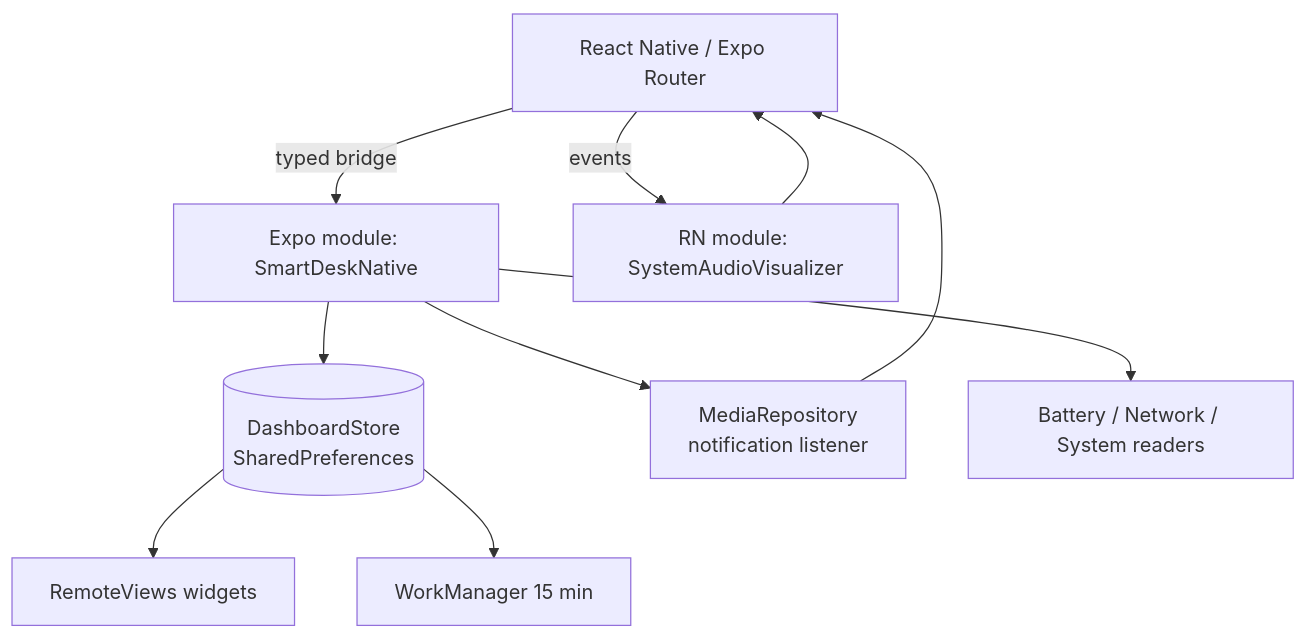
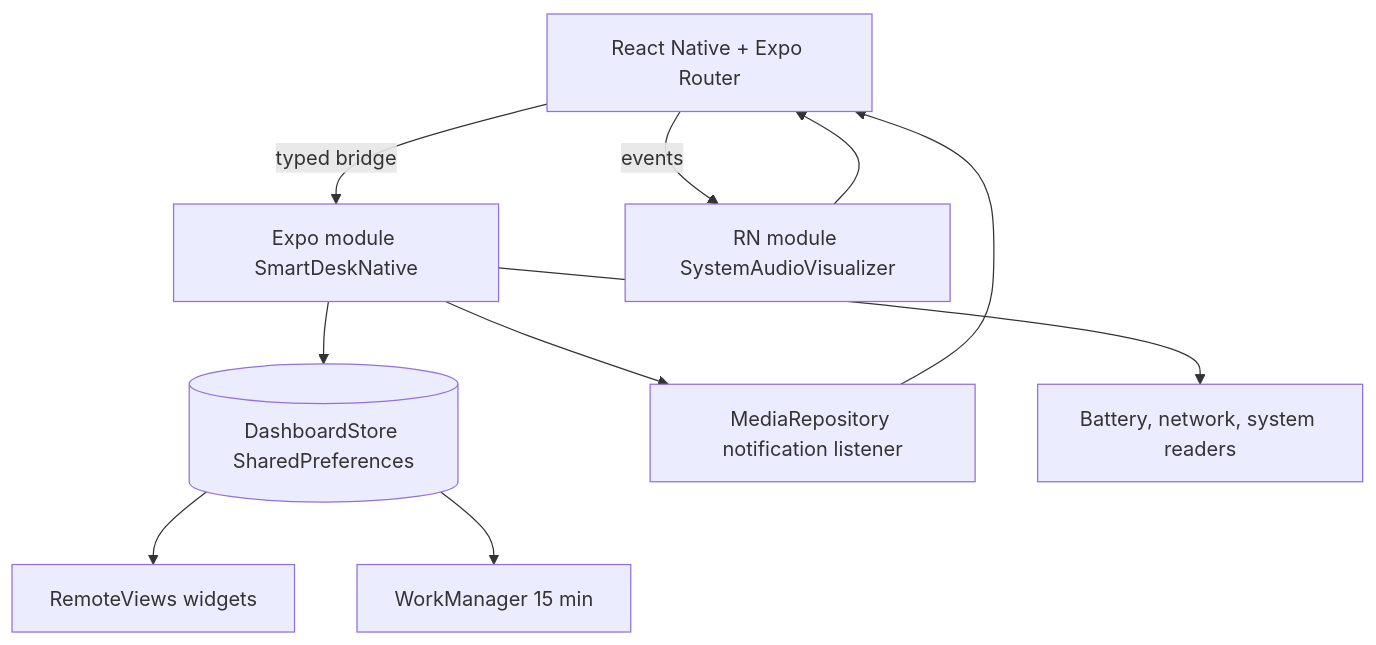
One commit to amiitdev/smart-desk-display changed the diagram in README.md. Above: the diagram before and after it, drawn with Mermaid.

Commit message:
docs: make architecture diagram render in all Mermaid viewers

````diff
--- a/README.md
+++ b/README.md
@@ -205,12 +205,21 @@
 ```mermaid
 flowchart TD
-  UI[React Native / Expo Router] -->|typed bridge| MOD[Expo module: SmartDeskNative]
-  UI -->|events| BEAT[RN module: SystemAudioVisualizer]
-  MOD --> STORE[(DashboardStore<br/>SharedPreferences)]
-  MOD --> MEDIA[MediaRepository<br/>notification listener]
-  MOD --> SYS[Battery / Network / System readers]
-  STORE --> WIDGET[RemoteViews widgets]
-  STORE --> WORK[WorkManager 15 min]
+  UI[React Native + Expo Router]
+  MOD[Expo module SmartDeskNative]
+  BEAT[RN module SystemAudioVisualizer]
+  STORE[(DashboardStore SharedPreferences)]
+  MEDIA[MediaRepository notification listener]
+  SYS[Battery, network, system readers]
+  WIDGET[RemoteViews widgets]
+  WORK[WorkManager 15 min]
+
+  UI -->|typed bridge| MOD
+  UI -->|events| BEAT
+  MOD --> STORE
+  MOD --> MEDIA
+  MOD --> SYS
+  STORE --> WIDGET
+  STORE --> WORK
   MEDIA --> UI
   BEAT --> UI
 ```
````
